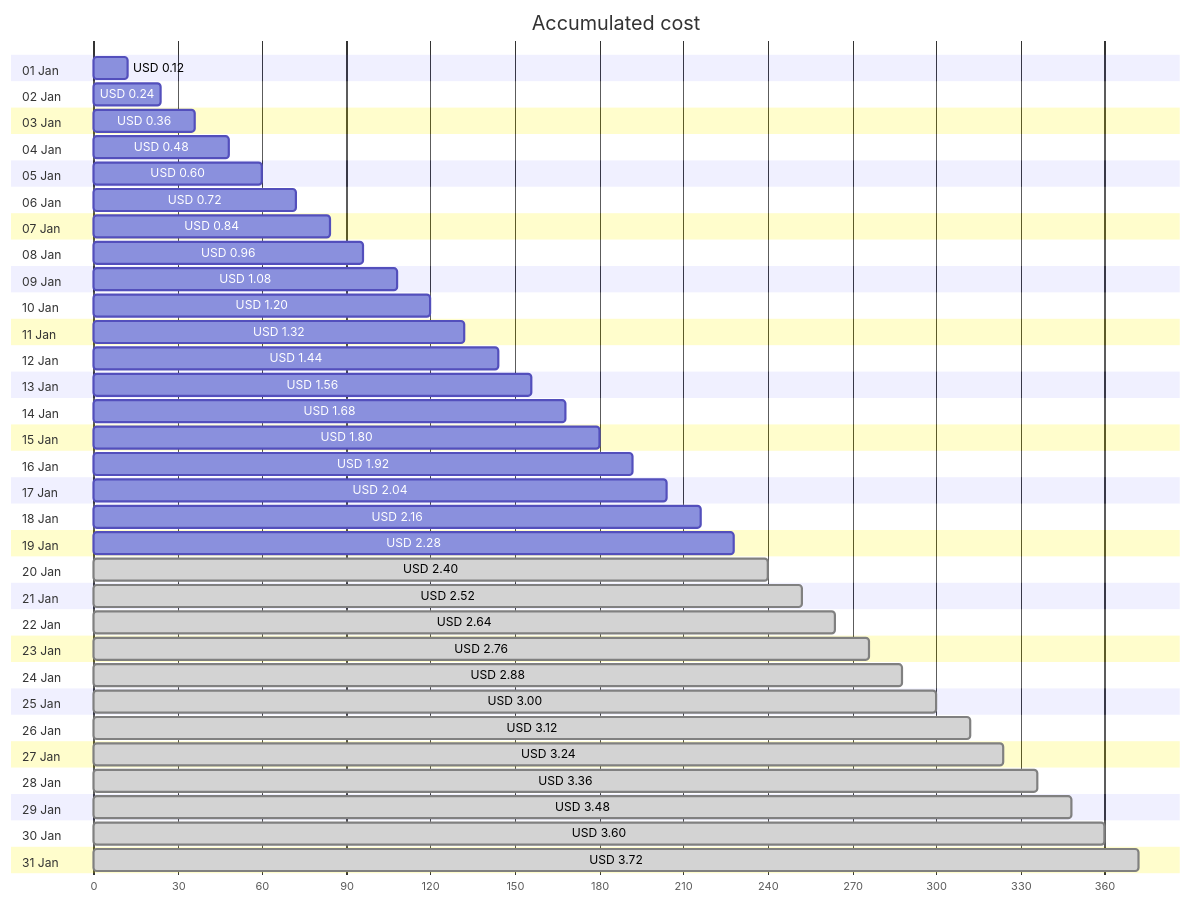
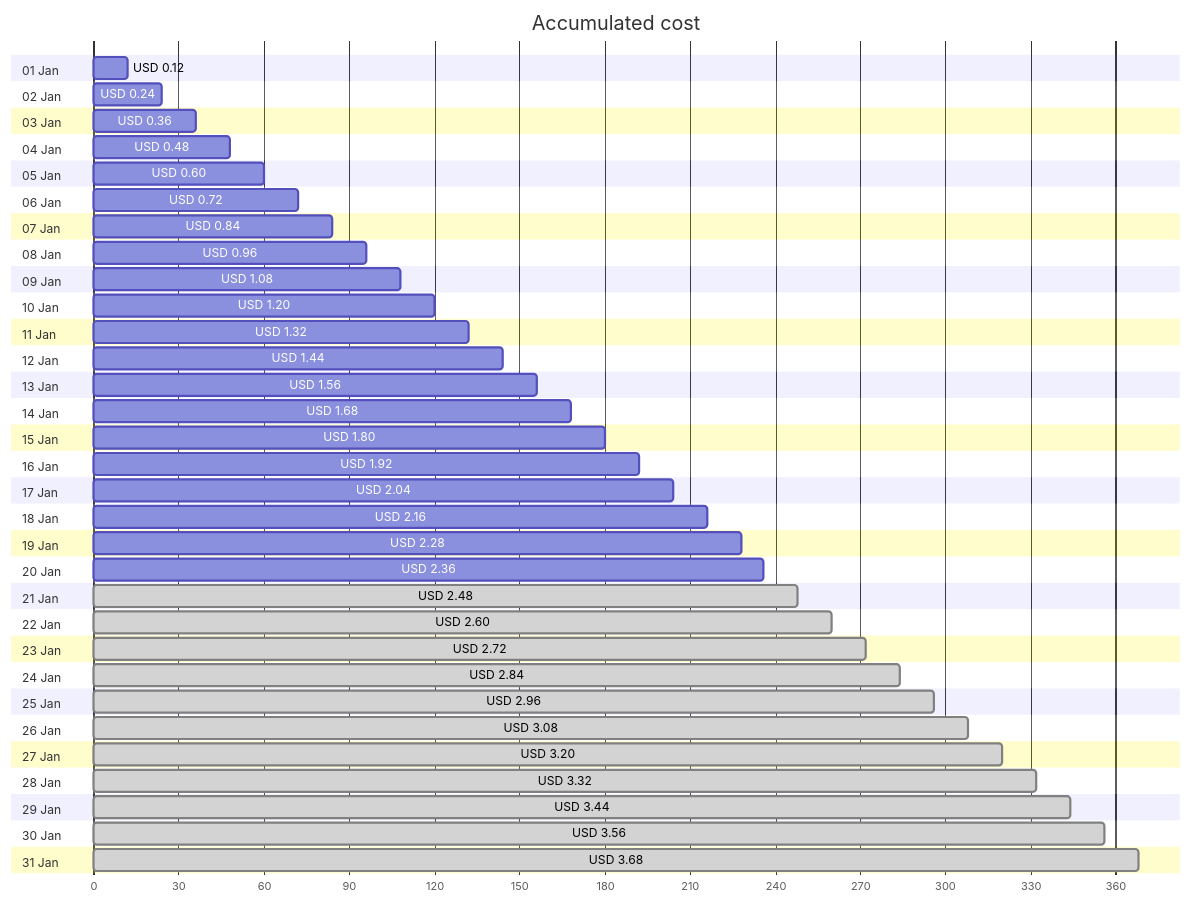
Before and after one commit to jpfulton/azure-personal-reports: the first of 4 diagrams in cost-reports/personal-network/backup-server-public-ip.md, drawn with Mermaid. The commit also changed other lines of this file and 8 other files, not shown here.

````diff
--- a/cost-reports/personal-network/backup-server-public-ip.md
+++ b/cost-reports/personal-network/backup-server-public-ip.md
@@ -20,68 +20,68 @@
 ```mermaid
 gantt
    title Accumulated cost
    dateFormat  X
    axisFormat %s
    section 01 Jan
    USD 0.12 :0, 12
    section 02 Jan
    USD 0.24 :0, 24
    section 03 Jan
    USD 0.36 :0, 36
    section 04 Jan
    USD 0.48 :0, 48
    section 05 Jan
    USD 0.60 :0, 60
    section 06 Jan
    USD 0.72 :0, 72
    section 07 Jan
    USD 0.84 :0, 84
    section 08 Jan
    USD 0.96 :0, 96
    section 09 Jan
    USD 1.08 :0, 108
    section 10 Jan
    USD 1.20 :0, 120
    section 11 Jan
    USD 1.32 :0, 132
    section 12 Jan
    USD 1.44 :0, 144
    section 13 Jan
    USD 1.56 :0, 156
    section 14 Jan
    USD 1.68 :0, 168
    section 15 Jan
    USD 1.80 :0, 180
    section 16 Jan
    USD 1.92 :0, 192
    section 17 Jan
    USD 2.04 :0, 204
    section 18 Jan
    USD 2.16 :0, 216
    section 19 Jan
    USD 2.28 :0, 228
    section 20 Jan
-   USD 2.40 : done, 0, 240
+   USD 2.36 :0, 236
    section 21 Jan
-   USD 2.52 : done, 0, 252
+   USD 2.48 : done, 0, 248
    section 22 Jan
-   USD 2.64 : done, 0, 264
+   USD 2.60 : done, 0, 260
    section 23 Jan
-   USD 2.76 : done, 0, 276
+   USD 2.72 : done, 0, 272
    section 24 Jan
-   USD 2.88 : done, 0, 288
+   USD 2.84 : done, 0, 284
    section 25 Jan
-   USD 3.00 : done, 0, 300
+   USD 2.96 : done, 0, 296
    section 26 Jan
-   USD 3.12 : done, 0, 312
+   USD 3.08 : done, 0, 308
    section 27 Jan
-   USD 3.24 : done, 0, 324
+   USD 3.20 : done, 0, 320
    section 28 Jan
-   USD 3.36 : done, 0, 336
+   USD 3.32 : done, 0, 332
    section 29 Jan
-   USD 3.48 : done, 0, 348
+   USD 3.44 : done, 0, 344
    section 30 Jan
-   USD 3.60 : done, 0, 360
+   USD 3.56 : done, 0, 356
    section 31 Jan
-   USD 3.72 : done, 0, 372
+   USD 3.68 : done, 0, 368
 ```
````
